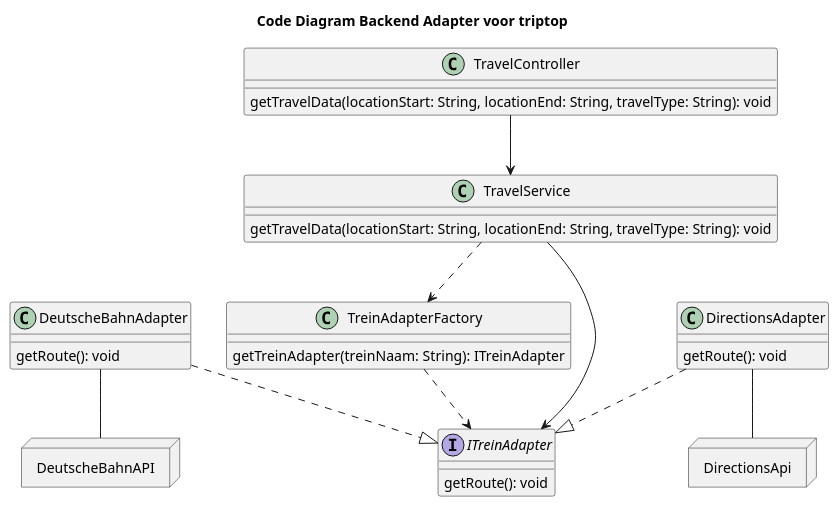
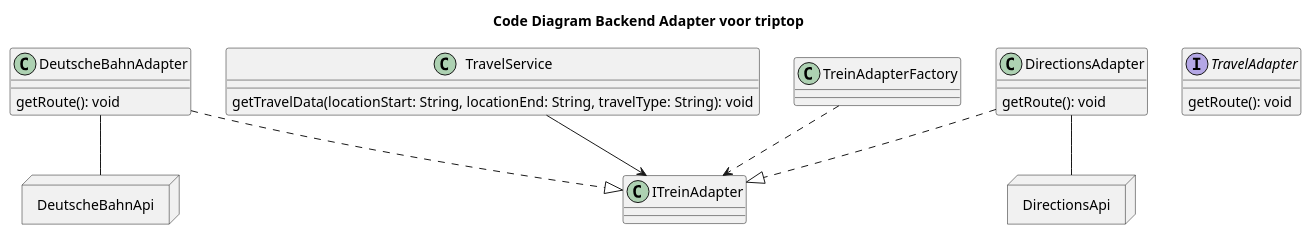
One commit to AIM-ENE-feb25/triptop-groep-tweeeeeeeeeeeeeeeeeeeeee changed the diagram in joost c4 code diagram adapter.puml. Above: the diagram before and after it, drawn with PlantUML. The commit also changed 1 other file, not shown here.

Commit message:
change code diagram

```diff
--- a/joost c4 code diagram adapter.puml
+++ b/joost c4 code diagram adapter.puml
@@ -1,43 +1,37 @@
 @startuml
 'https://plantuml.com/class-diagram
 title Code Diagram Backend Adapter voor triptop
 
-class TravelController{
-    getTravelData(locationStart: String, locationEnd: String, travelType: String): void
-}
+
 class TravelService{
     getTravelData(locationStart: String, locationEnd: String, travelType: String): void
 }
-class TreinAdapterFactory
-{
-    getTreinAdapter(treinNaam: String): ITreinAdapter
-}
 
-interface ITreinAdapter{
+interface TravelAdapter{
    getRoute(): void
 }
 class DirectionsAdapter{
  getRoute(): void
 }
 class DeutscheBahnAdapter{
   getRoute(): void
 }
 
 
 
-TravelController --> TravelService
+
 TravelService --> ITreinAdapter
-TravelService ..> TreinAdapterFactory
+
 DirectionsAdapter..|> ITreinAdapter
 DeutscheBahnAdapter ..|> ITreinAdapter
 TreinAdapterFactory ..> ITreinAdapter
 
-node DeutscheBahnAPI as "DeutscheBahnAPI"{
+node DeutscheBahnAPI as "DeutscheBahnApi"{
    }
 
 node DirectionsApi as "DirectionsApi"{
    }
 
 DirectionsAdapter -- DirectionsApi
 DeutscheBahnAdapter -- DeutscheBahnAPI
 @enduml
```
